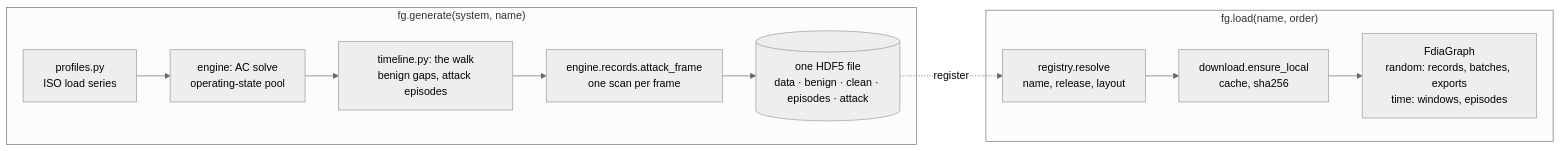
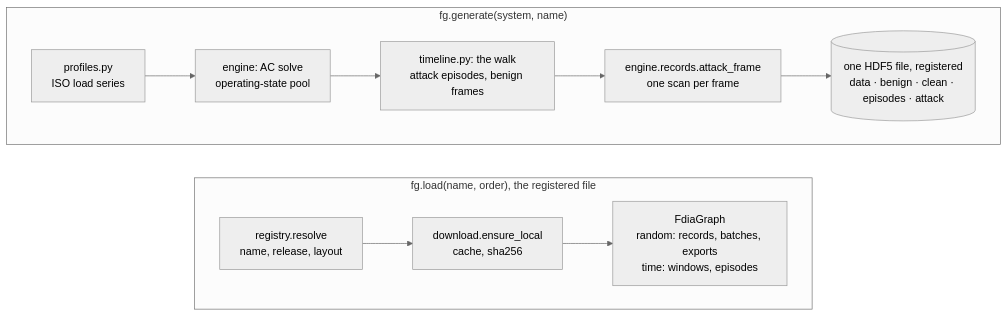
The second of 2 diagrams in docs/ROADMAP.md (myersben9/fdia-graph), drawn with Mermaid (neutral theme) before and after one commit. The commit also changed other lines of this file and 5 other files, not shown here.

First line of the commit message:
Docs: redraw the diagrams GitHub lays out badly, concepts page on the attack-vector construction (#107)

````diff
--- a/docs/ROADMAP.md
+++ b/docs/ROADMAP.md
@@ -33,14 +37,16 @@
 ```mermaid
-flowchart LR
+flowchart TB
     subgraph generate["fg.generate(system, name)"]
+        direction LR
         p1[profiles.py<br/>ISO load series] --> p2["engine: AC solve<br/>operating-state pool"]
-        p2 --> p3["timeline.py: the walk<br/>benign gaps, attack episodes"]
+        p2 --> p3["timeline.py: the walk<br/>attack episodes, benign frames"]
         p3 --> p4[engine.records.attack_frame<br/>one scan per frame]
-        p4 --> p5[("one HDF5 file<br/>data · benign · clean · episodes · attack")]
+        p4 --> p5[("one HDF5 file, registered<br/>data · benign · clean · episodes · attack")]
     end
-    subgraph load["fg.load(name, order)"]
+    subgraph load["fg.load(name, order), the registered file"]
+        direction LR
         l1[registry.resolve<br/>name, release, layout] --> l2[download.ensure_local<br/>cache, sha256]
         l2 --> l3["FdiaGraph<br/>random: records, batches, exports<br/>time: windows, episodes"]
     end
-    p5 -.register.-> l1
+    generate ~~~ load
 ```
````
